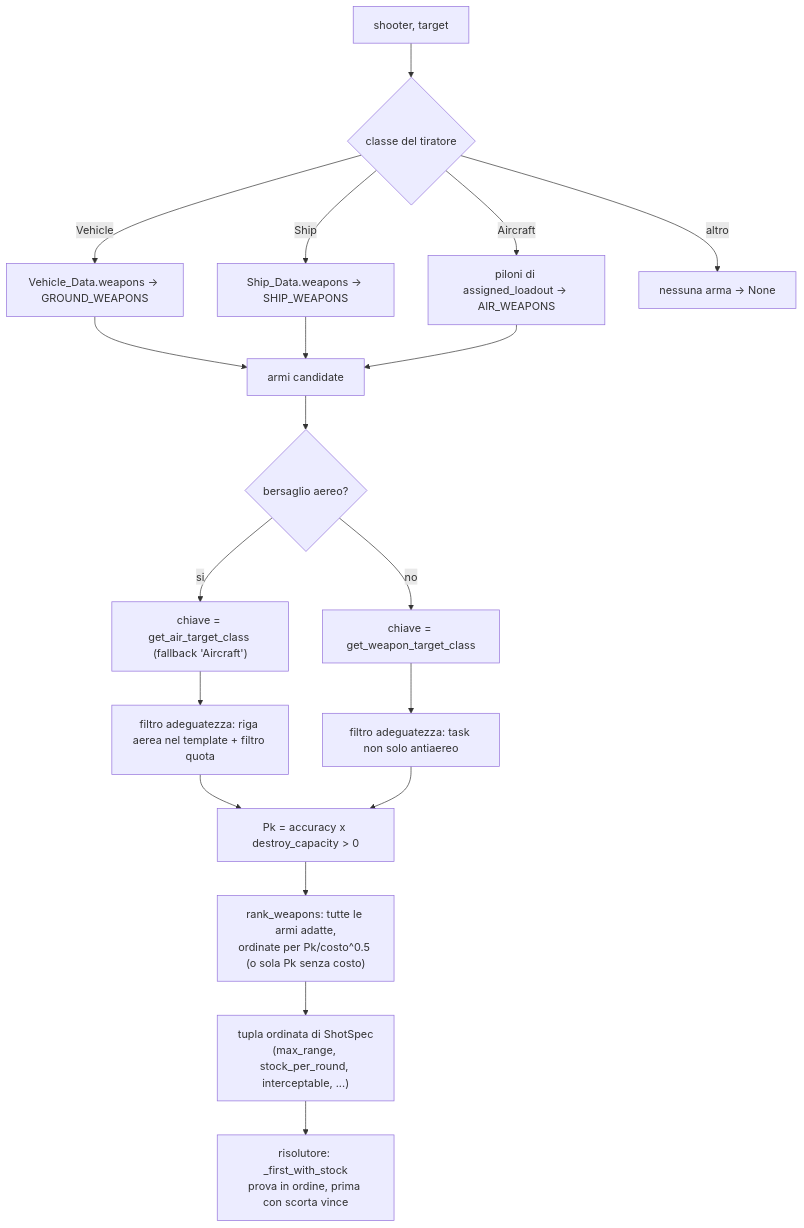
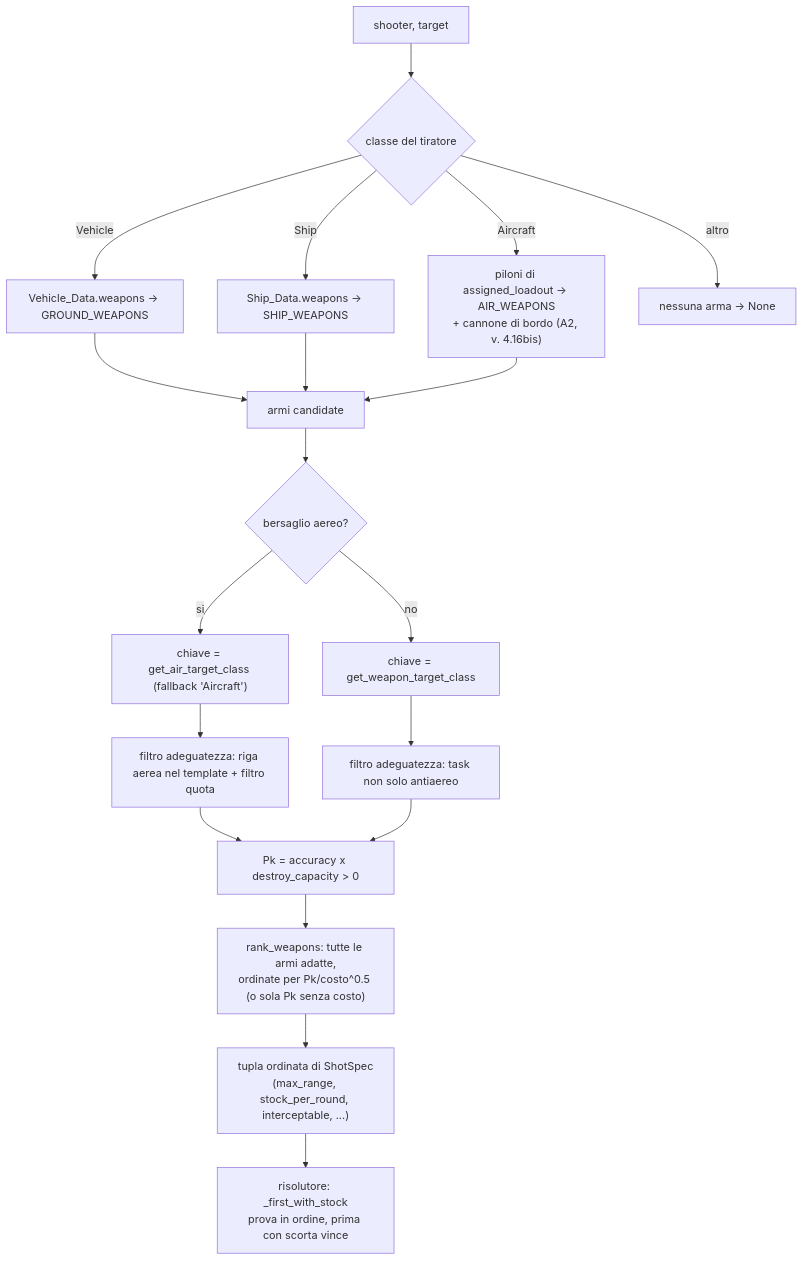
One commit to MakusIV/Warfare-Model changed the fifth of 8 diagrams in Analysis/Document/Manuale_Motore_DES/05_Strato2_Risolutore_Ingaggio.md. Above: the diagram before and after it, drawn with Mermaid. The commit also changed other lines of this file and 4 other files, not shown here.

Commit message:
Documentazione: manuale DES aggiornato a 6754bf1c (cannone di bordo, volumi rilevamento/intercettazione, Weapon_Delivery)

````diff
--- a/Analysis/Document/Manuale_Motore_DES/05_Strato2_Risolutore_Ingaggio.md
+++ b/Analysis/Document/Manuale_Motore_DES/05_Strato2_Risolutore_Ingaggio.md
@@ -574,21 +582,21 @@
 ```mermaid
 flowchart TD
     A["shooter, target"] --> B{"classe del tiratore"}
     B -->|Vehicle| C1["Vehicle_Data.weapons -> GROUND_WEAPONS"]
     B -->|Ship| C2["Ship_Data.weapons -> SHIP_WEAPONS"]
-    B -->|Aircraft| C3["piloni di assigned_loadout -> AIR_WEAPONS"]
+    B -->|Aircraft| C3["piloni di assigned_loadout -> AIR_WEAPONS<br/>+ cannone di bordo (A2, v. 4.16bis)"]
     B -->|altro| C4["nessuna arma -> None"]
     C1 --> D["armi candidate"]
     C2 --> D
     C3 --> D
     D --> E{"bersaglio aereo?"}
     E -->|si| F1["chiave = get_air_target_class (fallback 'Aircraft')"]
     E -->|no| F2["chiave = get_weapon_target_class"]
     F1 --> G["filtro adeguatezza: riga aerea nel template + filtro quota"]
     F2 --> G2["filtro adeguatezza: task non solo antiaereo"]
     G --> H["Pk = accuracy x destroy_capacity > 0"]
     G2 --> H
     H --> I["rank_weapons: tutte le armi adatte,<br/>ordinate per Pk/costo^0.5 (o sola Pk senza costo)"]
     I --> J["tupla ordinata di ShotSpec<br/>(max_range, stock_per_round, interceptable, ...)"]
     J --> K["risolutore: _first_with_stock<br/>prova in ordine, prima con scorta vince"]
 ```
````
